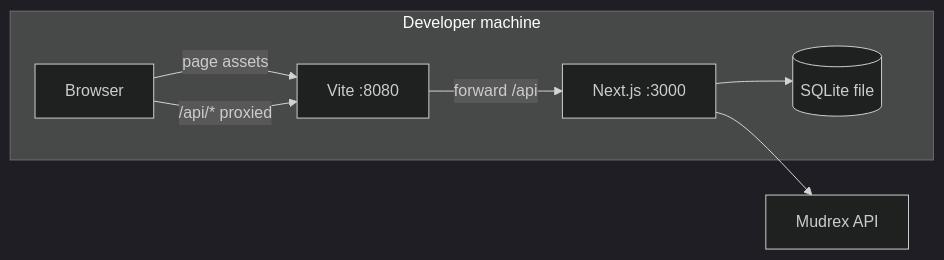
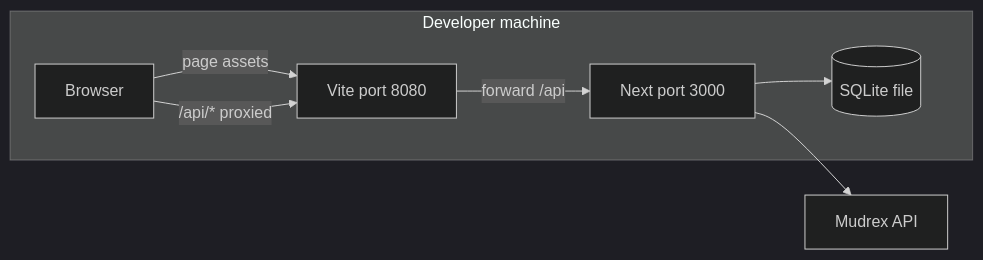
Before and after one commit to DecentralizedJM/RexAlgo: the second of 7 diagrams in README.md, drawn with Mermaid (dark theme). The commit also changed other lines of this file and 1 other file, not shown here.

Commit message:
fix: Mermaid diagrams for GitHub (avoid colons in participant and labels)

````diff
--- a/README.md
+++ b/README.md
@@ -161,16 +161,16 @@
 ```mermaid
 flowchart LR
   subgraph dev [Developer machine]
     BR[Browser]
-    V[Vite :8080]
-    N[Next.js :3000]
+    V["Vite port 8080"]
+    N["Next port 3000"]
     DB[(SQLite file)]
   end
   MR[Mudrex API]
 
   BR -->|page assets| V
   BR -->|/api/* proxied| V
   V -->|forward /api| N
   N --> DB
   N --> MR
 ```
````
